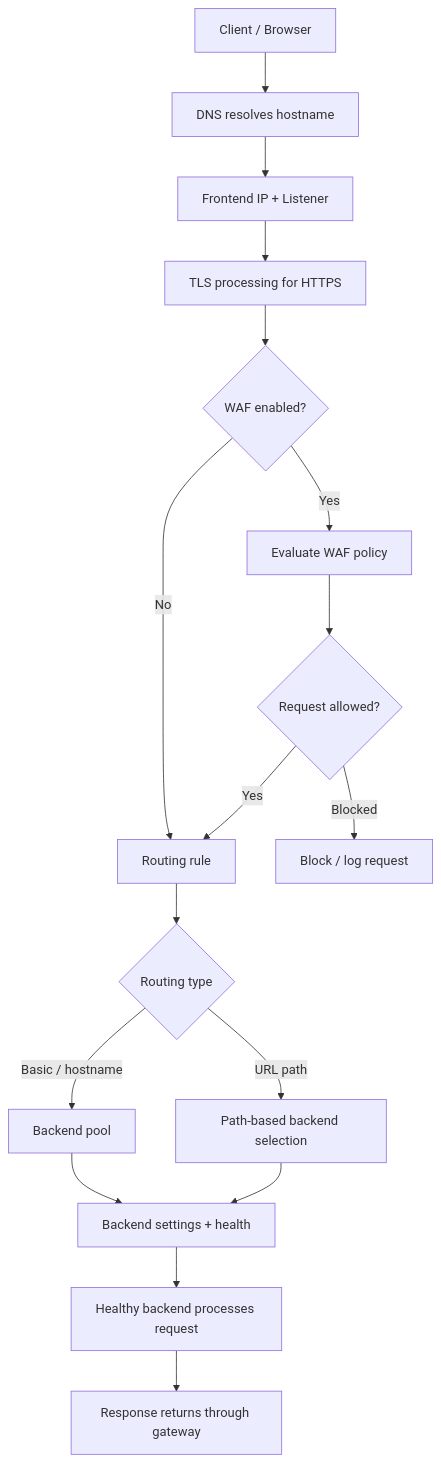
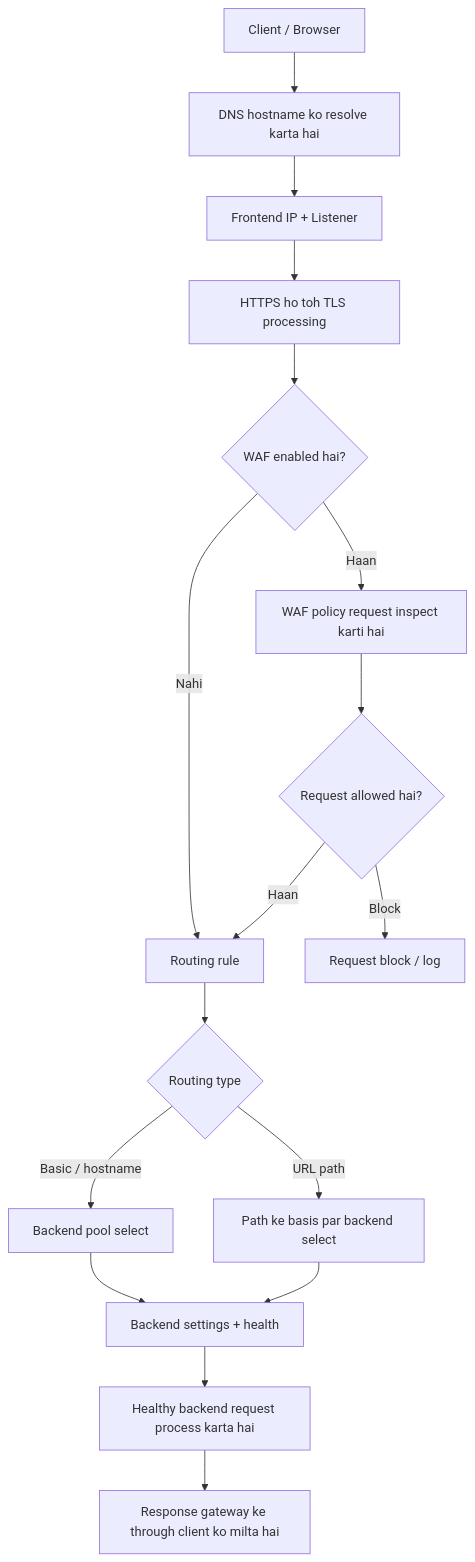
One commit to DevOpsGuyHub/DevOps-Journey changed the first of 2 diagrams in Azure/Session-12_App-Gateway.md. Above: the diagram before and after it, drawn with Mermaid. The commit also changed other lines of this file, not shown here.

````diff
--- a/Azure/Session-12_App-Gateway.md
+++ b/Azure/Session-12_App-Gateway.md
@@ -125,19 +141,19 @@
 ```mermaid
 flowchart TD
-    A["Client / Browser"] --> B["DNS resolves hostname"]
-    B --> C["Frontend IP + Listener"]
-    C --> D["TLS processing for HTTPS"]
-    D --> E{"WAF enabled?"}
-    E -->|Yes| F["Evaluate WAF policy"]
-    E -->|No| G["Routing rule"]
-    F --> H{"Request allowed?"}
-    H -->|Yes| G
-    H -->|Blocked| X["Block / log request"]
-    G --> I{"Routing type"}
-    I -->|Basic / hostname| J["Backend pool"]
-    I -->|URL path| K["Path-based backend selection"]
-    J --> L["Backend settings + health"]
+    A[Client / Browser] --> B[DNS hostname ko resolve karta hai]
+    B --> C[Frontend IP + Listener]
+    C --> D[HTTPS ho toh TLS processing]
+    D --> E{WAF enabled hai?}
+    E -->|Haan| F[WAF policy request inspect karti hai]
+    E -->|Nahi| G[Routing rule]
+    F --> H{Request allowed hai?}
+    H -->|Haan| G
+    H -->|Block| X[Request block / log]
+    G --> I{Routing type}
+    I -->|Basic / hostname| J[Backend pool select]
+    I -->|URL path| K[Path ke basis par backend select]
+    J --> L[Backend settings + health]
     K --> L
-    L --> M["Healthy backend processes request"]
-    M --> N["Response returns through gateway"]
+    L --> M[Healthy backend request process karta hai]
+    M --> N[Response gateway ke through client ko milta hai]
 ```
````
